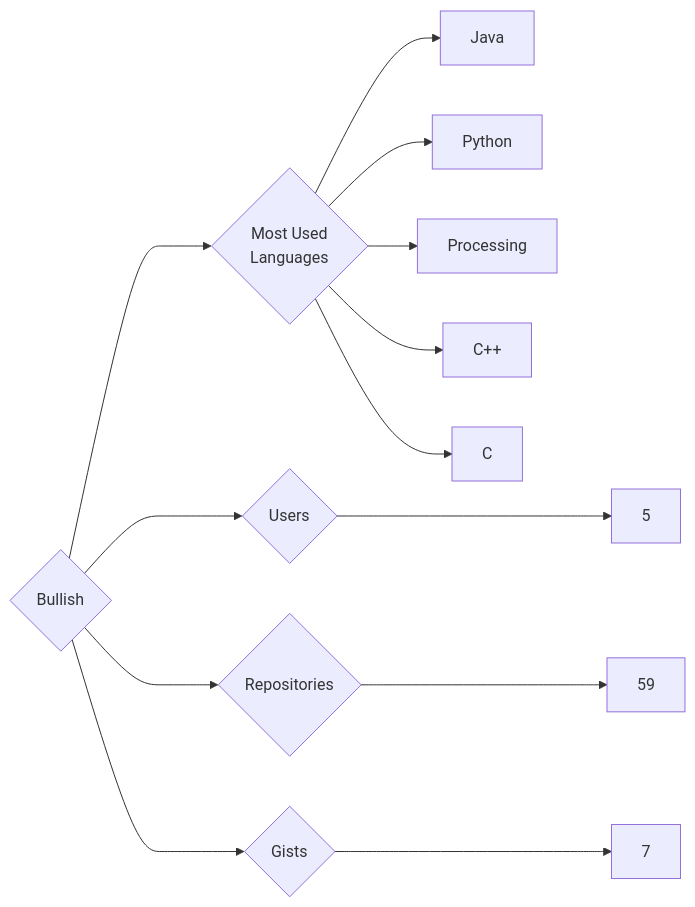
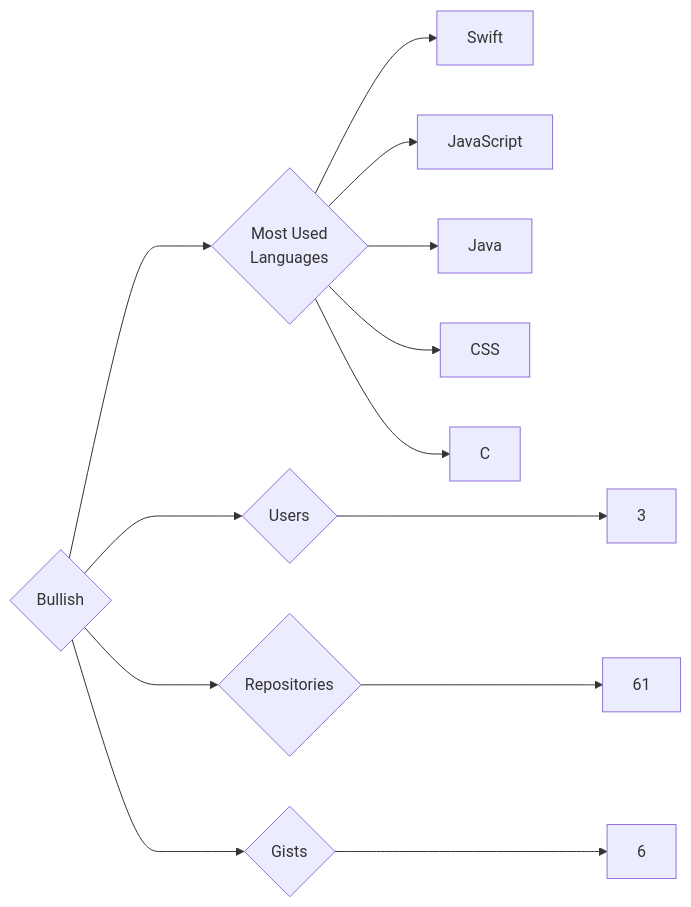
Before and after one commit to trickest/insiders: the diagram in targets/Bullish/README.md, drawn with Mermaid. The commit also changed 860 other files, not shown here.

````diff
--- a/targets/Bullish/README.md
+++ b/targets/Bullish/README.md
@@ -3,13 +3,13 @@
 ```mermaid
 graph LR
 COMPANY_NAME{Bullish}
-COMPANY_NAME ---> U{Users} ---> UN[5]
-COMPANY_NAME ---> R{Repositories} ---> RN[59]
-COMPANY_NAME ---> G{Gists} ---> GN[7]
+COMPANY_NAME ---> U{Users} ---> UN[3]
+COMPANY_NAME ---> R{Repositories} ---> RN[61]
+COMPANY_NAME ---> G{Gists} ---> GN[6]
 COMPANY_NAME ---> ML{Most Used<br>Languages}
+ML --> Swift[Swift]
+ML --> JavaScript[JavaScript]
 ML --> Java[Java]
-ML --> Python[Python]
-ML --> Processing[Processing]
-ML --> C++[C++]
+ML --> CSS[CSS]
 ML --> C[C]
 ```
````
